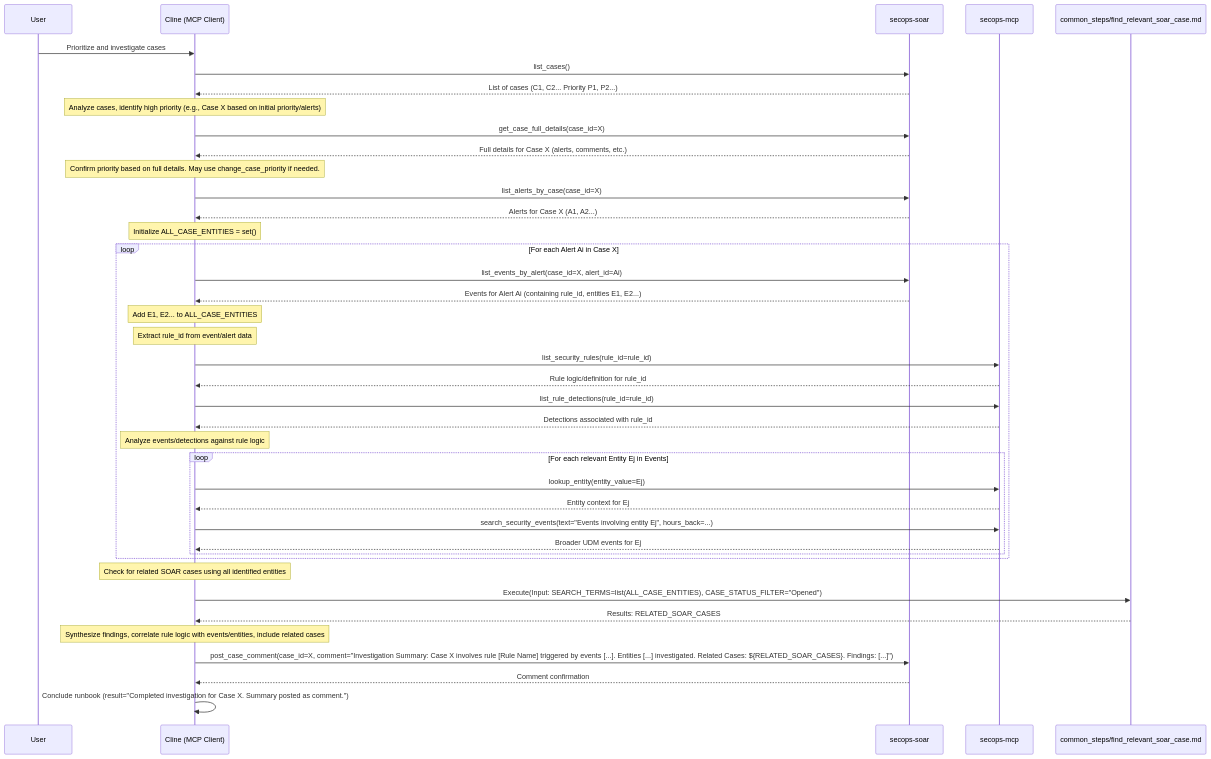
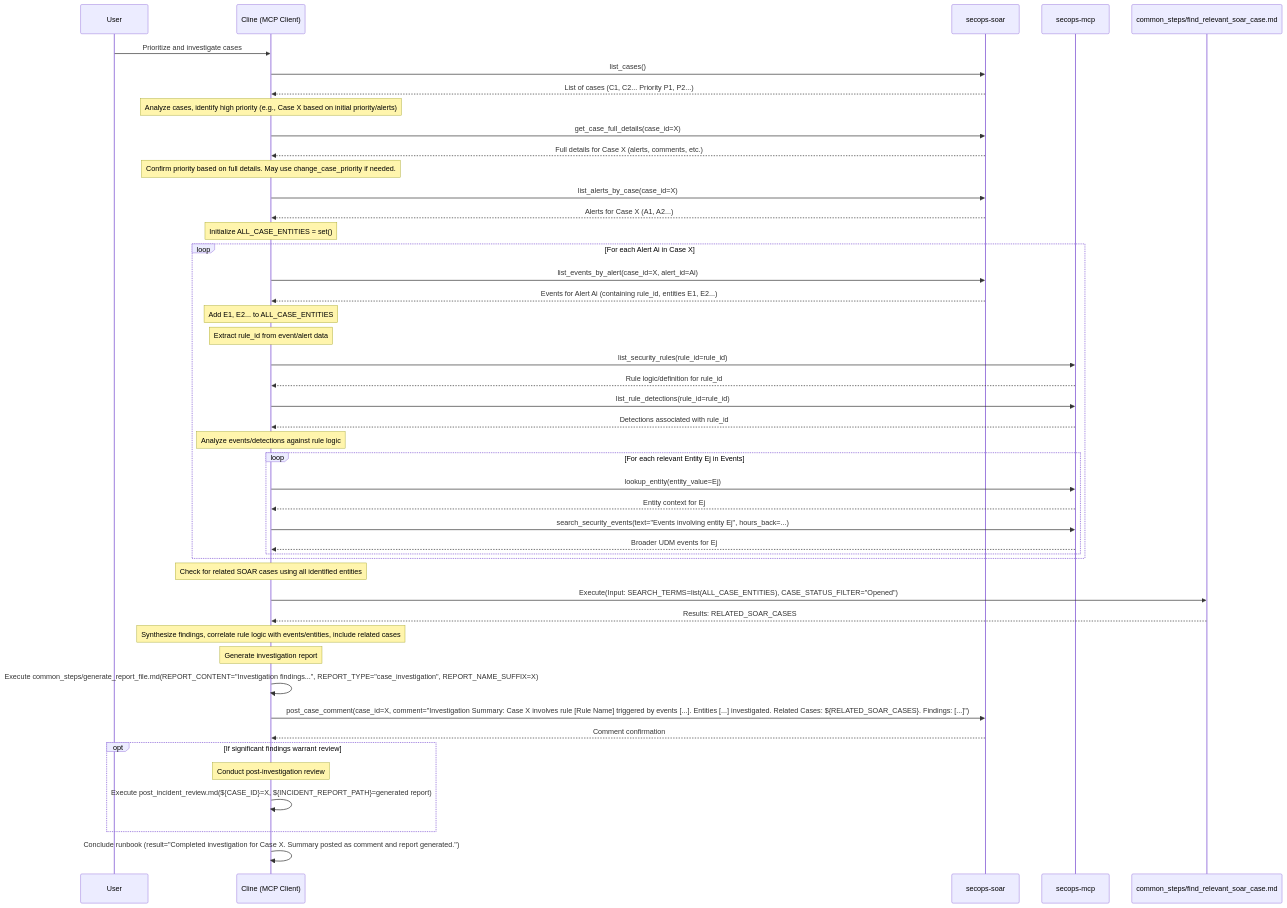
Before and after one commit to dandye/ai-runbooks: the diagram in rules_bank/run_books/prioritize_and_investigate_a_case.md, drawn with Mermaid. The commit also changed other lines of this file and 5 other files, not shown here.

First line of the commit message:
Ensure all high-level IRPs and runbooks include report generation and post-incident review

````diff
--- a/rules_bank/run_books/prioritize_and_investigate_a_case.md
+++ b/rules_bank/run_books/prioritize_and_investigate_a_case.md
@@ -29,44 +31,50 @@
 ```mermaid
 sequenceDiagram
     participant User
     participant Cline as Cline (MCP Client)
     participant SOAR as secops-soar
     participant SIEM as secops-mcp
     participant FindCase as common_steps/find_relevant_soar_case.md
 
     User->>Cline: Prioritize and investigate cases
     Cline->>SOAR: list_cases()
     SOAR-->>Cline: List of cases (C1, C2... Priority P1, P2...)
     Note over Cline: Analyze cases, identify high priority (e.g., Case X based on initial priority/alerts)
     Cline->>SOAR: get_case_full_details(case_id=X)
     SOAR-->>Cline: Full details for Case X (alerts, comments, etc.)
     Note over Cline: Confirm priority based on full details. May use change_case_priority if needed.
     Cline->>SOAR: list_alerts_by_case(case_id=X)
     SOAR-->>Cline: Alerts for Case X (A1, A2...)
     Note over Cline: Initialize ALL_CASE_ENTITIES = set()
     loop For each Alert Ai in Case X
         Cline->>SOAR: list_events_by_alert(case_id=X, alert_id=Ai)
         SOAR-->>Cline: Events for Alert Ai (containing rule_id, entities E1, E2...)
         Note over Cline: Add E1, E2... to ALL_CASE_ENTITIES
         Note over Cline: Extract rule_id from event/alert data
         Cline->>SIEM: list_security_rules(rule_id=rule_id)
         SIEM-->>Cline: Rule logic/definition for rule_id
         Cline->>SIEM: list_rule_detections(rule_id=rule_id)
         SIEM-->>Cline: Detections associated with rule_id
         Note over Cline: Analyze events/detections against rule logic
         loop For each relevant Entity Ej in Events
             Cline->>SIEM: lookup_entity(entity_value=Ej)
             SIEM-->>Cline: Entity context for Ej
             Cline->>SIEM: search_security_events(text="Events involving entity Ej", hours_back=...)
             SIEM-->>Cline: Broader UDM events for Ej
         end
     end
     Note over Cline: Check for related SOAR cases using all identified entities
     Cline->>FindCase: Execute(Input: SEARCH_TERMS=list(ALL_CASE_ENTITIES), CASE_STATUS_FILTER="Opened")
     FindCase-->>Cline: Results: RELATED_SOAR_CASES
     Note over Cline: Synthesize findings, correlate rule logic with events/entities, include related cases
+    Note over Cline: Generate investigation report
+    Cline->>Cline: Execute common_steps/generate_report_file.md(REPORT_CONTENT="Investigation findings...", REPORT_TYPE="case_investigation", REPORT_NAME_SUFFIX=X)
     Cline->>SOAR: post_case_comment(case_id=X, comment="Investigation Summary: Case X involves rule [Rule Name] triggered by events [...]. Entities [...] investigated. Related Cases: ${RELATED_SOAR_CASES}. Findings: [...]")
     SOAR-->>Cline: Comment confirmation
-    Cline->>Cline: Conclude runbook (result="Completed investigation for Case X. Summary posted as comment.")
+    opt If significant findings warrant review
+        Note over Cline: Conduct post-investigation review
+        Cline->>Cline: Execute post_incident_review.md(${CASE_ID}=X, ${INCIDENT_REPORT_PATH}=generated report)
+    end
+    Cline->>Cline: Conclude runbook (result="Completed investigation for Case X. Summary posted as comment and report generated.")
 
 ```
````
